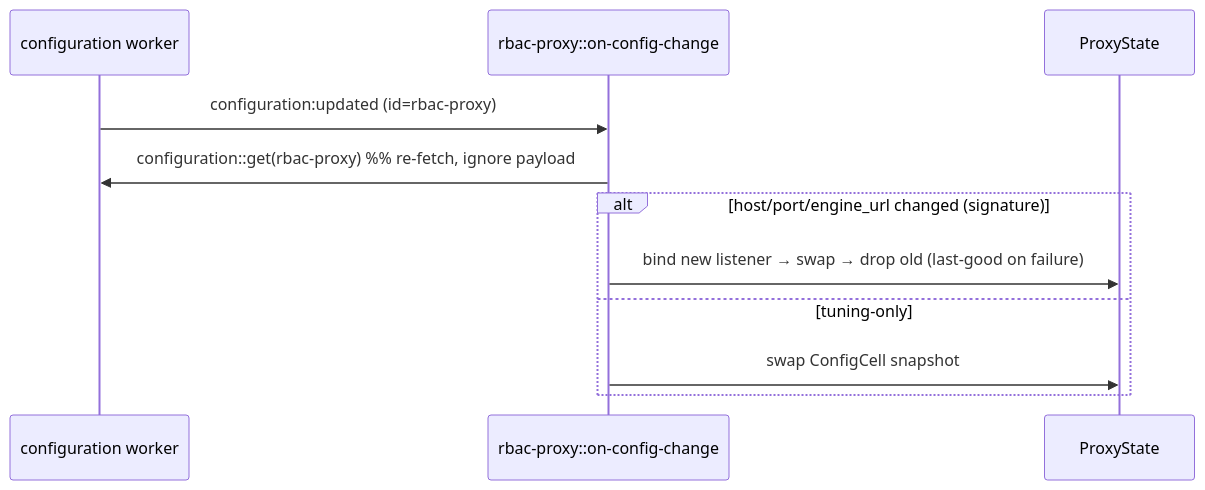
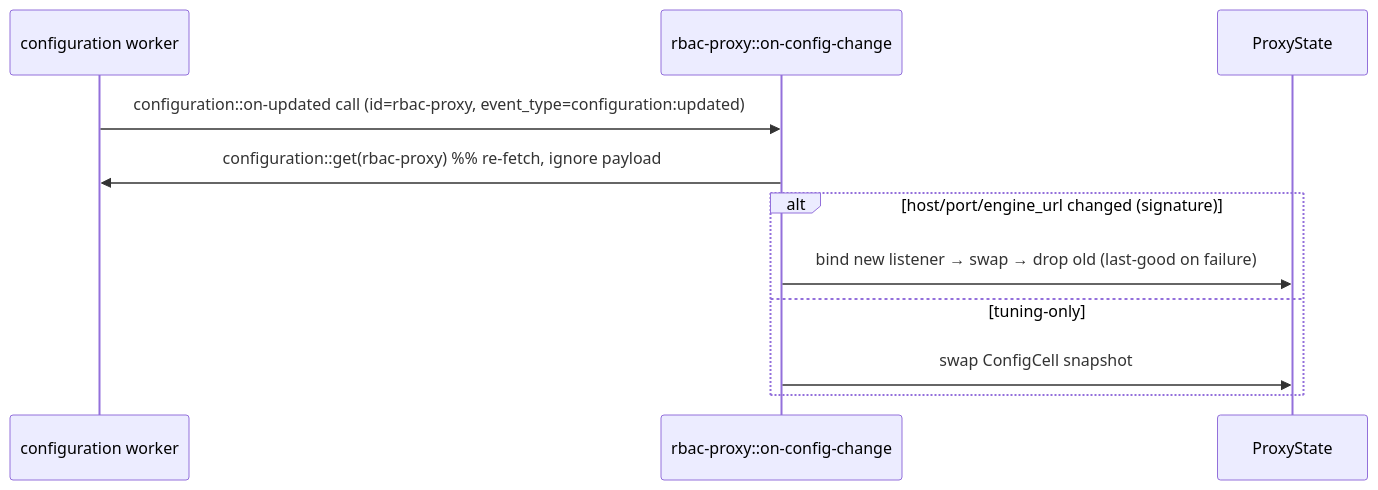
The diagram in tech-specs/2026-06-rbac-proxy-worker/rbac-proxy.md (iii-hq/workers), drawn with Mermaid before and after one commit. The commit also changed other lines of this file and 3315 other files, not shown here.

````diff
--- a/tech-specs/2026-06-rbac-proxy-worker/rbac-proxy.md
+++ b/tech-specs/2026-06-rbac-proxy-worker/rbac-proxy.md
@@ -179,13 +188,13 @@
 ```mermaid
 sequenceDiagram
   participant CFG as configuration worker
   participant H as rbac-proxy::on-config-change
   participant S as ProxyState
-  CFG->>H: configuration:updated (id=rbac-proxy)
+  CFG->>H: configuration::on-updated call (id=rbac-proxy, event_type=configuration:updated)
   H->>CFG: configuration::get(rbac-proxy)   %% re-fetch, ignore payload
   alt host/port/engine_url changed (signature)
     H->>S: bind new listener → swap → drop old (last-good on failure)
   else tuning-only
     H->>S: swap ConfigCell snapshot
   end
 ```
````
